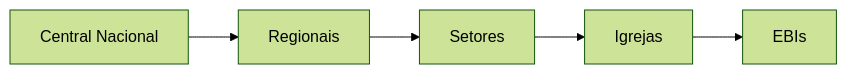
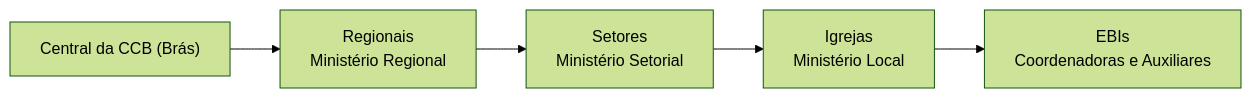
One commit to helesjunior/ccb-ebi changed the diagram in docs/00-visao/visao-geral.md. Above: the diagram before and after it, drawn with Mermaid (forest theme). The commit also changed other lines of this file and 14 other files, not shown here.

````diff
--- a/docs/00-visao/visao-geral.md
+++ b/docs/00-visao/visao-geral.md
@@ -11,4 +11,4 @@
 ```mermaid
 flowchart LR
-  CN[Central Nacional] --> R[Regionais] --> S[Setores] --> I[Igrejas] --> E[EBIs]
+  CN["Central da CCB (Brás)"] --> R["Regionais<br/>Ministério Regional"] --> S["Setores<br/>Ministério Setorial"] --> I["Igrejas<br/>Ministério Local"] --> E["EBIs<br/>Coordenadoras e Auxiliares"]
 ```
````
